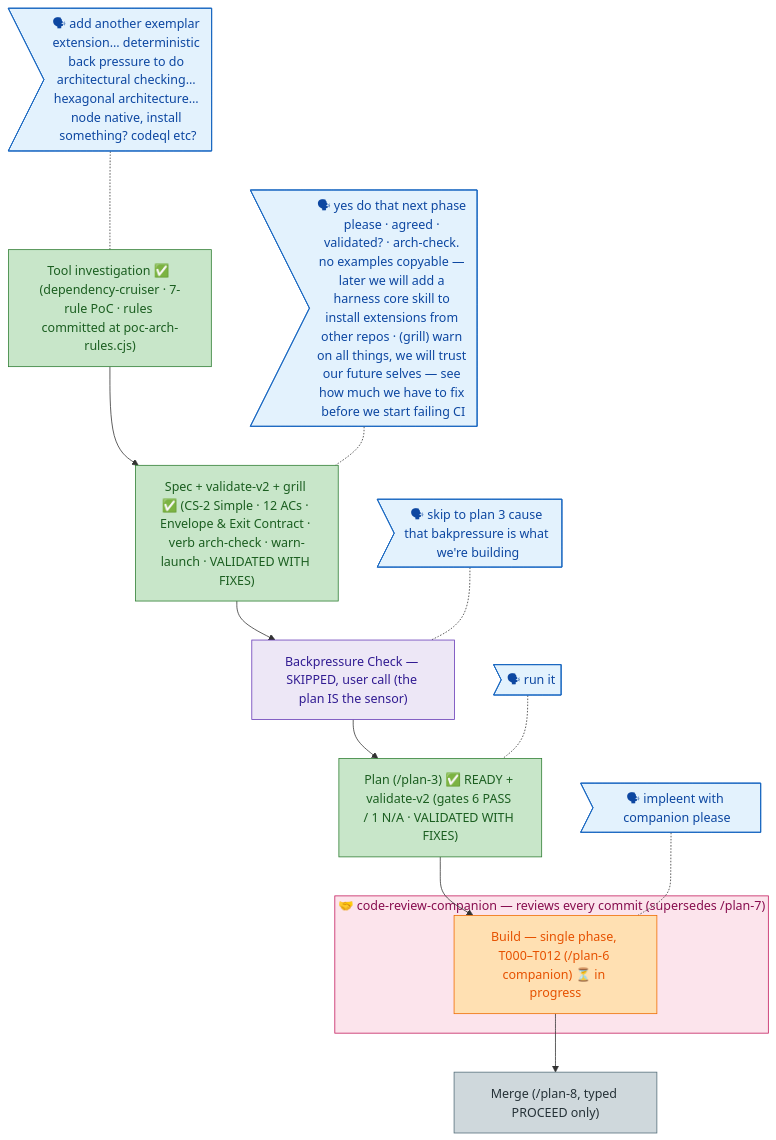
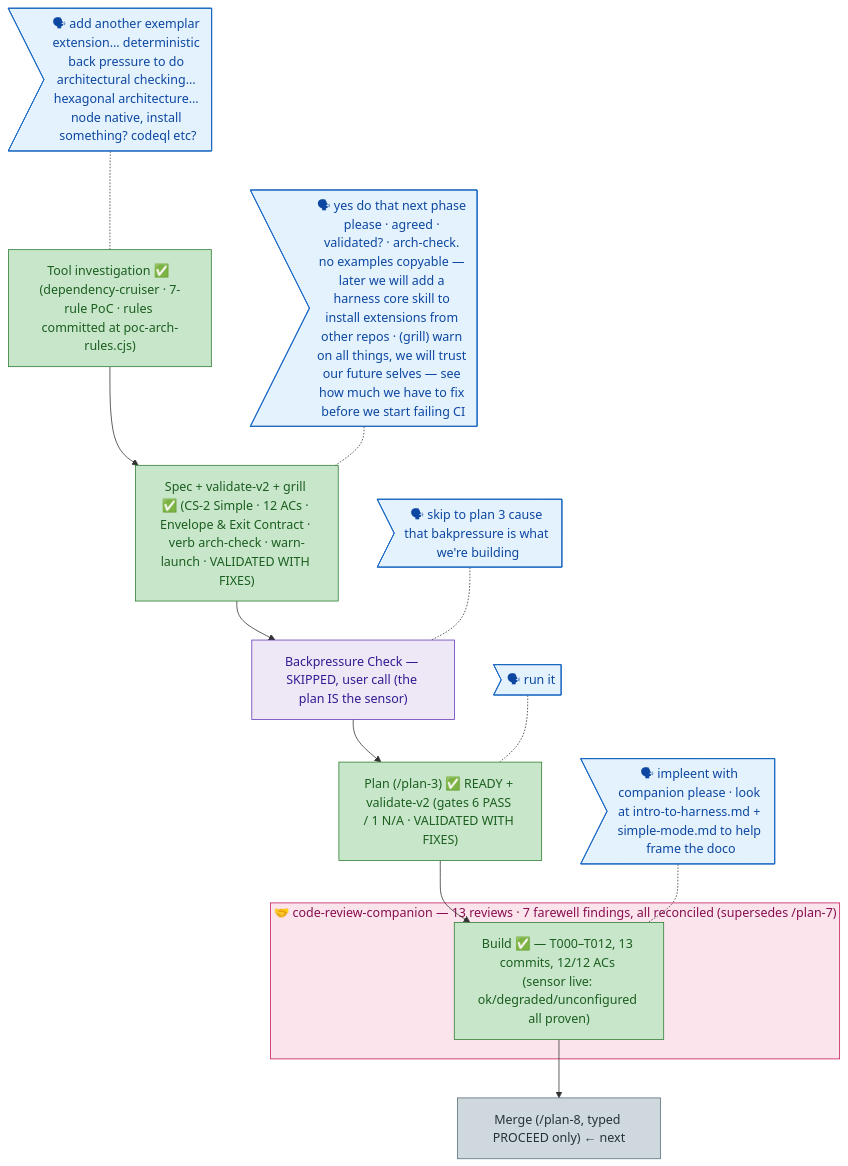
One commit to AI-Substrate/harness-engineering changed the diagram in docs/plans/016-arch-conformance-extension/the-flow.md. Above: the diagram before and after it, drawn with Mermaid. The commit also changed other lines of this file and 9 other files, not shown here.

````diff
--- a/docs/plans/016-arch-conformance-extension/the-flow.md
+++ b/docs/plans/016-arch-conformance-extension/the-flow.md
@@ -4,35 +4,35 @@
 ```mermaid
 flowchart TD
   classDef done fill:#C8E6C9,stroke:#2E7D32,color:#1B5E20;
   classDef wip fill:#FFE0B2,stroke:#EF6C00,color:#E65100;
   classDef known fill:#CFD8DC,stroke:#546E7A,color:#263238;
   classDef assumed fill:#ECEFF1,stroke:#90A4AE,color:#455A64,stroke-dasharray:5 5;
   classDef said fill:#E3F2FD,stroke:#1565C0,color:#0D47A1;
   classDef harness fill:#EDE7F6,stroke:#673AB7,color:#311B92;
   classDef companion fill:#FCE4EC,stroke:#C2185B,color:#880E4F;
 
   investigation["Tool investigation ✅ (dependency-cruiser · 7-rule PoC · rules committed at poc-arch-rules.cjs)"]:::done
   spec["Spec + validate-v2 + grill ✅ (CS-2 Simple · 12 ACs · Envelope & Exit Contract · verb arch-check · warn-launch · VALIDATED WITH FIXES)"]:::done
   backpressure["Backpressure Check — SKIPPED, user call (the plan IS the sensor)"]:::harness
   plan["Plan (/plan-3) ✅ READY + validate-v2 (gates 6 PASS / 1 N/A · VALIDATED WITH FIXES)"]:::done
 
-  subgraph companion_review["🤝 code-review-companion — reviews every commit (supersedes /plan-7)"]
-    build["Build — single phase, T000–T012 (/plan-6 companion) ⏳ in progress"]:::wip
+  subgraph companion_review["🤝 code-review-companion — 13 reviews · 7 farewell findings, all reconciled (supersedes /plan-7)"]
+    build["Build ✅ — T000–T012, 13 commits, 12/12 ACs (sensor live: ok/degraded/unconfigured all proven)"]:::done
   end
   class companion_review companion
 
-  merge["Merge (/plan-8, typed PROCEED only)"]:::known
+  merge["Merge (/plan-8, typed PROCEED only) ← next"]:::known
 
   investigation --> spec --> backpressure --> plan --> build --> merge
 
   said_investigation>"🗣 add another exemplar extension… deterministic back pressure to do architectural checking… hexagonal architecture… node native, install something? codeql etc?"]:::said
   said_investigation -.- investigation
   said_spec>"🗣 yes do that next phase please · agreed · validated? · arch-check. no examples copyable — later we will add a harness core skill to install extensions from other repos · (grill) warn on all things, we will trust our future selves — see how much we have to fix before we start failing CI"]:::said
   said_spec -.- spec
   said_bp>"🗣 skip to plan 3 cause that bakpressure is what we're building"]:::said
   said_bp -.- backpressure
   said_plan>"🗣 run it"]:::said
   said_plan -.- plan
-  said_build>"🗣 impleent with companion please"]:::said
+  said_build>"🗣 impleent with companion please · look at intro-to-harness.md + simple-mode.md to help frame the doco"]:::said
   said_build -.- build
 ```
````
